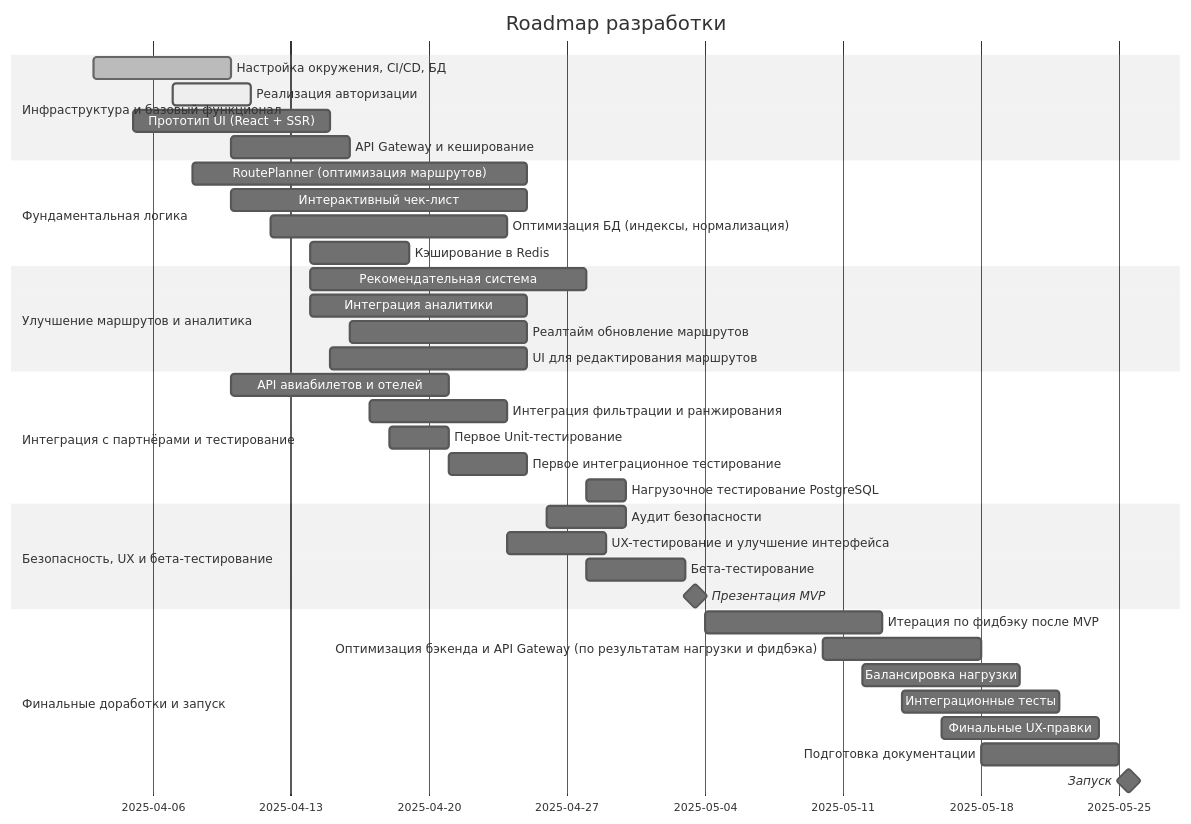
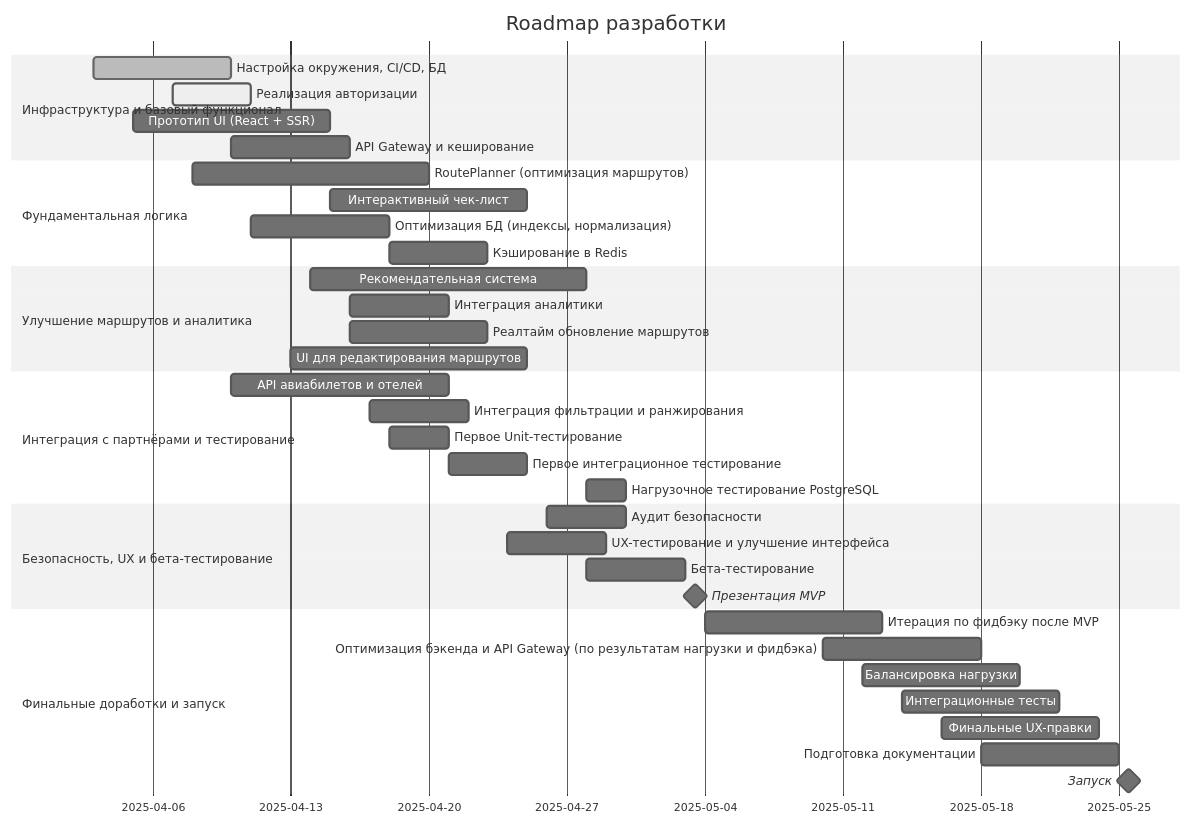
One commit to kayukovzakhar/TRPO_Travel_Planning_Service changed the diagram in Документация/Разработка материалы/Roadmap разработки.md. Above: the diagram before and after it, drawn with Mermaid (neutral theme).

Commit message:
Update Roadmap разработки.md

````diff
--- a/Документация/Разработка материалы/Roadmap разработки.md
+++ b/Документация/Разработка материалы/Roadmap разработки.md
@@ -4,44 +4,44 @@
 ```mermaid
 gantt
     title Roadmap разработки
     dateFormat  YYYY-MM-DD
     section Инфраструктура и базовый функционал
     Настройка окружения, CI/CD, БД        :done, 2025-04-03, 2025-04-10
     Реализация авторизации                :active, 2025-04-07, 2025-04-11
     Прототип UI (React + SSR)             :2025-04-05, 2025-04-15
     API Gateway и кеширование             :2025-04-10, 2025-04-16
 
     section Фундаментальная логика
-    RoutePlanner (оптимизация маршрутов)  :2025-04-08, 2025-04-25
-    Интерактивный чек-лист                :2025-04-10, 2025-04-25
-    Оптимизация БД (индексы, нормализация):2025-04-12, 2025-04-24
-    Кэширование в Redis                   :2025-04-14, 2025-04-19
+    RoutePlanner (оптимизация маршрутов)  :2025-04-08, 2025-04-20
+    Интерактивный чек-лист                :2025-04-15, 2025-04-25
+    Оптимизация БД (индексы, нормализация):2025-04-11, 2025-04-18
+    Кэширование в Redis                   :2025-04-18, 2025-04-23
 
     section Улучшение маршрутов и аналитика
     Рекомендательная система              :2025-04-14, 2025-04-28
-    Интеграция аналитики                  :2025-04-14, 2025-04-25
-    Реалтайм обновление маршрутов         :2025-04-16, 2025-04-25
-    UI для редактирования маршрутов       :2025-04-15, 2025-04-25
+    Интеграция аналитики                  :2025-04-16, 2025-04-21
+    Реалтайм обновление маршрутов         :2025-04-16, 2025-04-23
+    UI для редактирования маршрутов       :2025-04-13, 2025-04-25
 
     section Интеграция с партнёрами и тестирование
     API авиабилетов и отелей              :2025-04-10, 2025-04-21
-    Интеграция фильтрации и ранжирования  :2025-04-17, 2025-04-24
+    Интеграция фильтрации и ранжирования  :2025-04-17, 2025-04-22
     Первое Unit-тестирование              :2025-04-18, 2025-04-21
     Первое интеграционное тестирование    :2025-04-21, 2025-04-25
     Нагрузочное тестирование PostgreSQL   :2025-04-28, 2025-04-30
 
     section Безопасность, UX и бета-тестирование
     Аудит безопасности                    :2025-04-26, 2025-04-30
     UX-тестирование и улучшение интерфейса:2025-04-24, 2025-04-29
     Бета-тестирование                     :2025-04-28, 2025-05-03
     Презентация MVP                       :milestone, 2025-05-03, 1d
 
     section Финальные доработки и запуск
     Итерация по фидбэку после MVP         :2025-05-04, 2025-05-13
     Оптимизация бэкенда и API Gateway (по результатам нагрузки и фидбэка):2025-05-10, 2025-05-18
     Балансировка нагрузки                 :2025-05-12, 2025-05-20
     Интеграционные тесты                  :2025-05-14, 2025-05-22
     Финальные UX-правки                   :2025-05-16, 2025-05-24
     Подготовка документации               :2025-05-18, 2025-05-25
     Запуск                             :milestone, 2025-05-25, 1d
 ```
````
